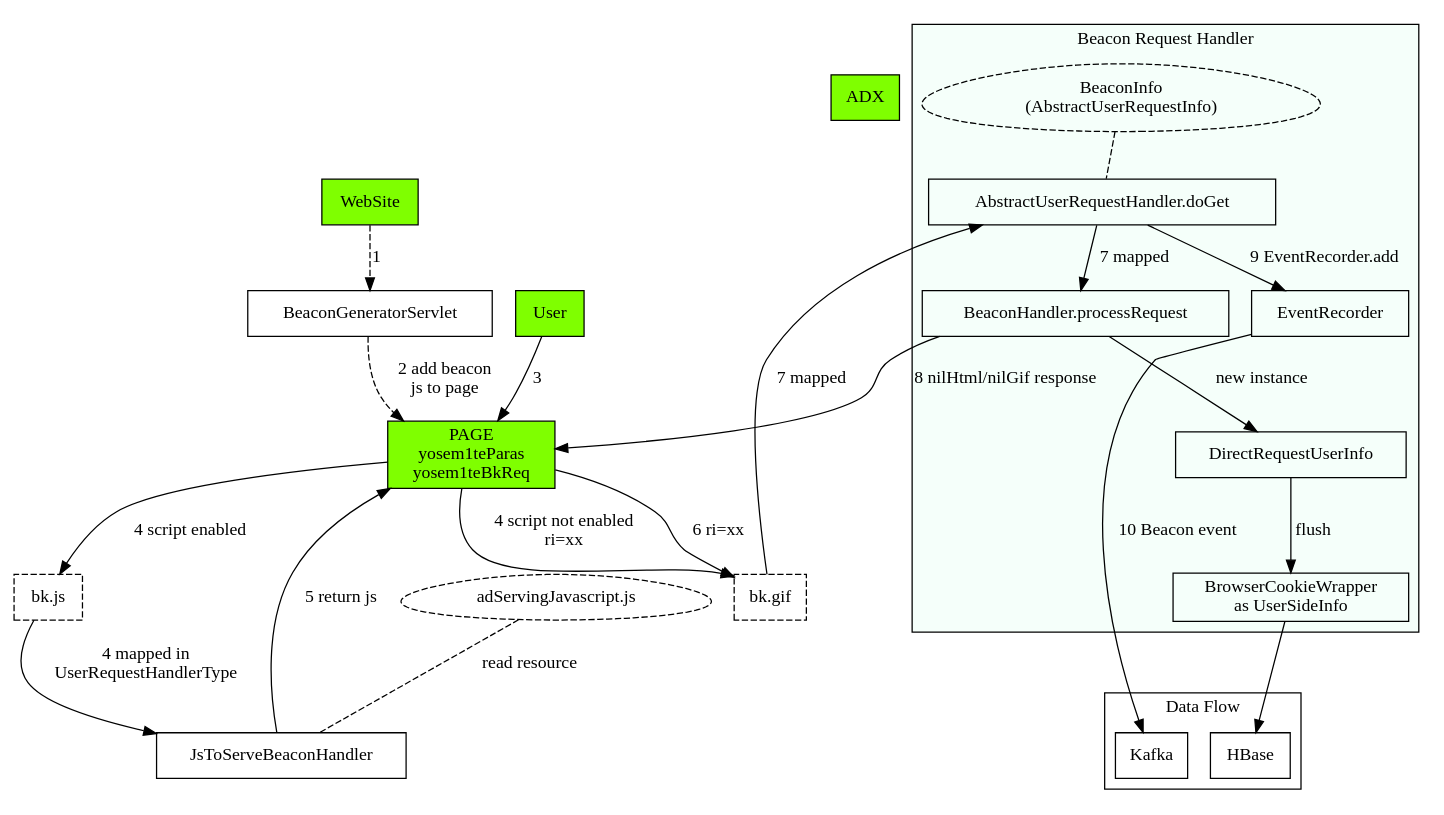
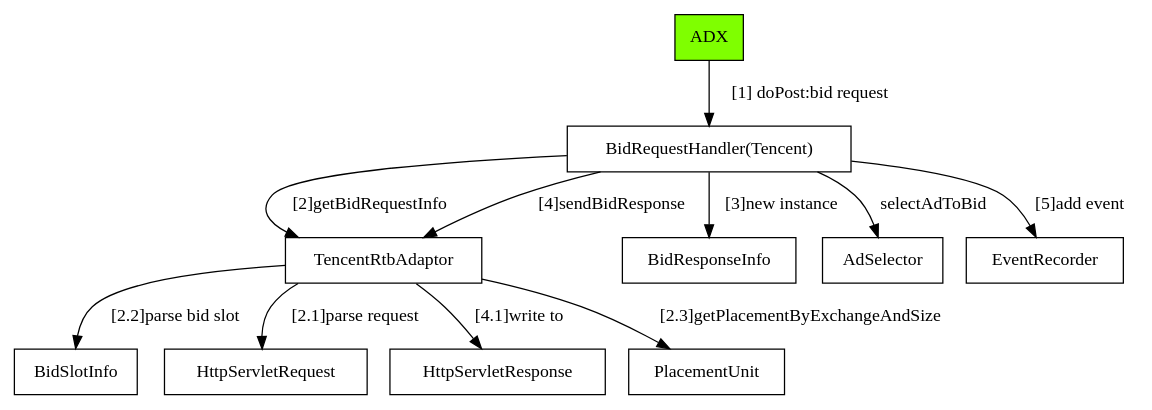
The diagram in others/graphviz/bid.dot (buptrobin/MyProjects), drawn with Graphviz before and after one commit. The commit also changed 21 other files, not shown here.

```diff
--- a/others/graphviz/bid.dot
+++ b/others/graphviz/bid.dot
@@ -1,60 +1,31 @@
 digraph Bid {
 	node [shape="record"];
 	edge [style="solid"];
 	#edge [style="dashed"];
 
 	ADX [style="filled", color="black", fillcolor="chartreuse"];
+	BidRequestHandler [label="BidRequestHandler(Tencent)"];
+	TencentRtbAdaptor [label="TencentRtbAdaptor"];
+	#BidRequestInfo;
+	BidResponseInfo [label="BidResponseInfo"];
+	BidSlotInfo;
+	AdSelector;
+	#BidInfo;
+	EventRecorder;
+	HttpServletRequest;
+	HttpServletResponse;
+	PlacementUnit;
 
-	WebSite [style="filled", color="black", fillcolor="chartreuse"];
-	Page [style="filled", color="black", fillcolor="chartreuse"
-				label="PAGE\nyosem1teParas\nyosem1teBkReq"];
-	User [style="filled", color="black", fillcolor="chartreuse"];
-	bk_js [label="bk.js" style="dashed"];
-	bk_gif [label="bk.gif" style="dashed"];
-	BeaconGeneratorServlet;
-	adServingJavascript [shape="egg" label="adServingJavascript.js" style="dashed"];
-	JsToServeBeaconHandler [label="JsToServeBeaconHandler"];
+	ADX->BidRequestHandler [label="[1] doPost:bid request"];
+	BidRequestHandler->TencentRtbAdaptor [label="[2]getBidRequestInfo"];
+	BidRequestHandler->BidResponseInfo [label="[3]new instance"];
+	BidRequestHandler->TencentRtbAdaptor [label="[4]sendBidResponse"];
+	BidRequestHandler->EventRecorder [label="[5]add event"];
 
-	subgraph cluster_bk{
-		label="Beacon Request Handler";
-		bgcolor="mintcream";
+	TencentRtbAdaptor->HttpServletRequest [label="[2.1]parse request"];
+	TencentRtbAdaptor->BidSlotInfo [label="[2.2]parse bid slot"];
+	TencentRtbAdaptor->PlacementUnit [label="[2.3]getPlacementByExchangeAndSize"];
+	TencentRtbAdaptor->HttpServletResponse [label="[4.1]write to"];
 
-		BeaconInfo [label="BeaconInfo\n(AbstractUserRequestInfo)" shape="egg"
-								style="dashed"];
-		BeaconHandler [label="BeaconHandler.processRequest"];
-		AbstractUserRequestHandler [label="AbstractUserRequestHandler.doGet"];
-		DirectRequestUserInfo [label="DirectRequestUserInfo"];
-		BrowserCookieWrapper [label="BrowserCookieWrapper\nas UserSideInfo"];
-		EventRecorder;
-	}
-
-	subgraph cluster_data {
-		label="Data Flow";
-
-		Kafka;
-		HBase;
-	}
-
-	WebSite->BeaconGeneratorServlet [style="dashed" label="1"];
-	BeaconGeneratorServlet->Page [label="2 add beacon \njs to page" style="dashed"];
-	User->Page [label="3"];
-	Page->bk_js [label="4 script enabled"];
-	Page->bk_gif [label="4 script not enabled\nri=xx"];
-	bk_js->JsToServeBeaconHandler [label="4 mapped in \nUserRequestHandlerType"];
-
-	adServingJavascript->JsToServeBeaconHandler [label="read resource" arrowhead="none"
-			style="dashed"];
-	JsToServeBeaconHandler->Page [label="5 return js"];
-
-	Page->bk_gif [label="6 ri=xx"];
-	bk_gif->AbstractUserRequestHandler->BeaconHandler [label="7 mapped"]
-	BeaconInfo->AbstractUserRequestHandler [arrowhead="none" style="dashed"];
-	AbstractUserRequestHandler->EventRecorder [label="9 EventRecorder.add"];
-
-	BeaconHandler->Page [label="8 nilHtml/nilGif response"];
-	BeaconHandler->DirectRequestUserInfo [label="new instance"];
-	DirectRequestUserInfo->BrowserCookieWrapper [label="flush"];
-	BrowserCookieWrapper->HBase;
-	EventRecorder->Kafka [label="10 Beacon event"];
-	//EventRecorder->HBase [label="10 User based beacon event"];
+	BidRequestHandler->AdSelector [label="selectAdToBid"];
 }
```
